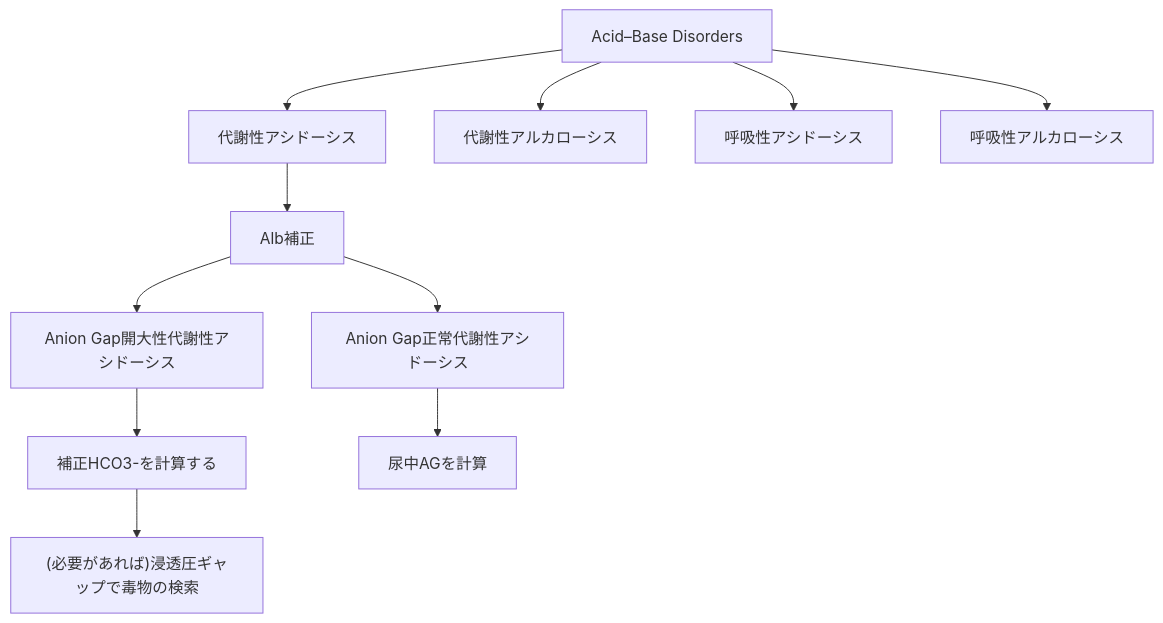
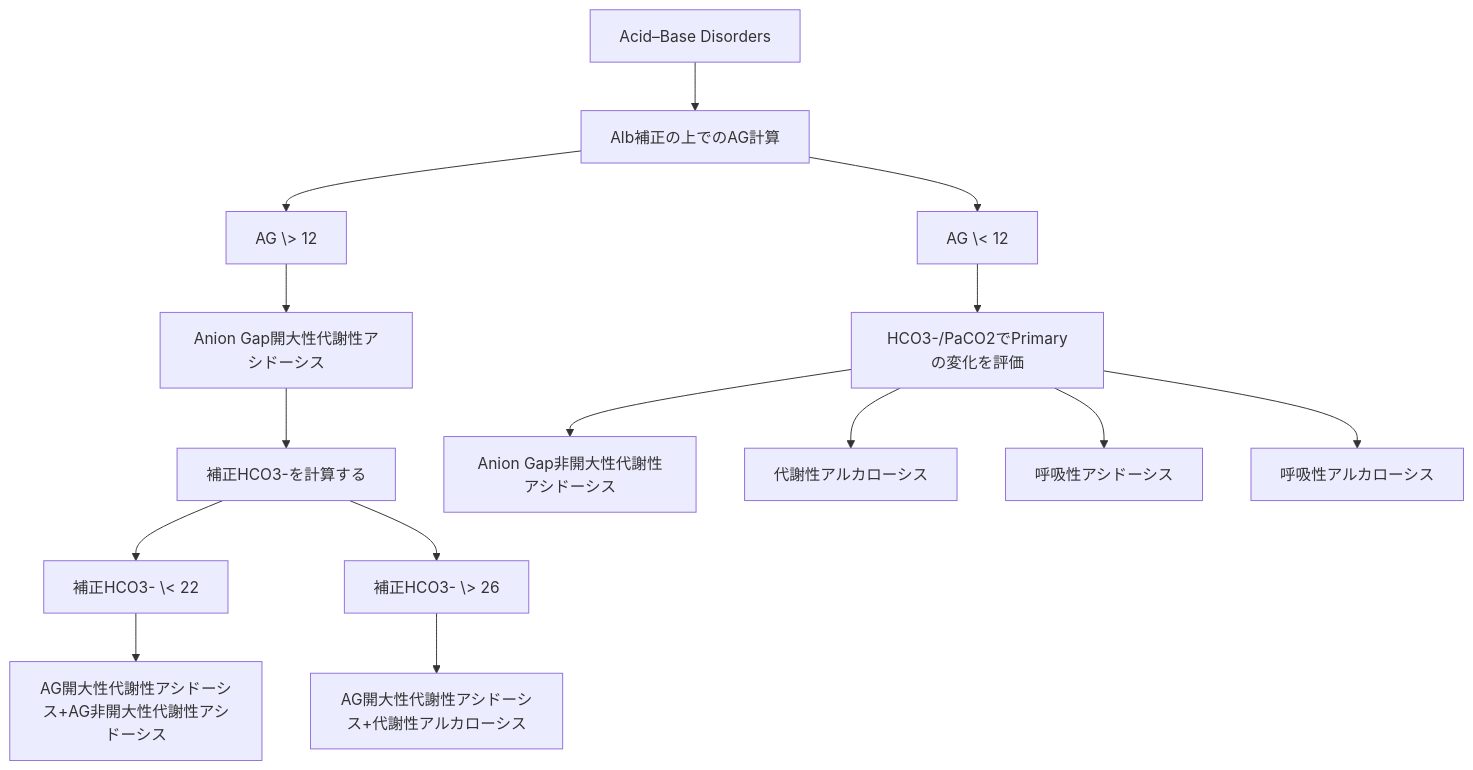
Before and after one commit to figarofuga/personal-slides: the first of 2 diagrams in medicine/blood_gas_analysis_mi/index.qmd, drawn with Mermaid. The commit also changed other lines of this file and 35 other files, not shown here.

````diff
--- a/medicine/blood_gas_analysis_mi/index.qmd
+++ b/medicine/blood_gas_analysis_mi/index.qmd
@@ -110,25 +116,34 @@
 ```{mermaid}
 %%| fig-width: 10
 %%| fig-height: 6
 
 flowchart TD
     ABG["Acid–Base Disorders"]
 
-    ABG --> MA["代謝性アシドーシス"]
-    ABG --> MK["代謝性アルカローシス"]
-    ABG --> RA["呼吸性アシドーシス"]
-    ABG --> RK["呼吸性アルカローシス"]
+    ABG --> AlbCorrectAG["Alb補正の上でのAG計算"]
+
+    AlbCorrectAG --> AlbCorrectAGPosi["AG \> 12"]
+    AlbCorrectAG --> AlbCorrectAGNega["AG \< 12"]
+
+    AlbCorrectAGPosi --> AG["Anion Gap開大性代謝性アシドーシス"]
+    AG --> HCO3["補正HCO3-を計算する"]
+    HCO3 --> HCO3Acid["補正HCO3- \< 22"]
+    HCO3 --> HCO3Alka["補正HCO3- \> 26"]
+
+    HCO3Acid --> AGNAG["AG開大性代謝性アシドーシス+AG非開大性代謝性アシドーシス"]
+    HCO3Alka --> AGAlka["AG開大性代謝性アシドーシス+代謝性アルカローシス"]
+
+
+    AlbCorrectAGNega --> PrimaryEval["HCO3-/PaCO2でPrimaryの変化を評価"]
+    PrimaryEval --> NAG["Anion Gap非開大性代謝性アシドーシス"]
+    PrimaryEval --> MK["代謝性アルカローシス"]
+    PrimaryEval --> RA["呼吸性アシドーシス"]
+    PrimaryEval --> RK["呼吸性アルカローシス"]
     
-    MA --> Albcorrect["Alb補正"]
-    Albcorrect --> NAG["Anion Gap正常代謝性アシドーシス"]
-    Albcorrect --> AG["Anion Gap開大性代謝性アシドーシス"]
-    AG --> HCO3["補正HCO3-を計算する"]
-    HCO3 --> osmgap["(必要があれば)浸透圧ギャップで毒物の検索"]
-    NAG --> urineag["尿中AGを計算"]
 
     click AG "#/ag-acidosis"
     click NAG "#/nag-acidosis"
     click MK "#/metabolic-alkalosis"
     click RA "#/respiratory-acidosis"
     click RK "#/respiratory-alkalosis"
 ```
````
